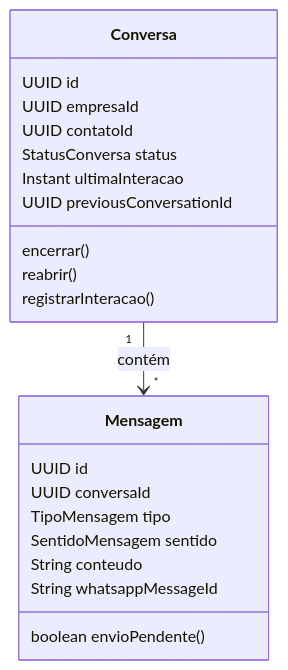
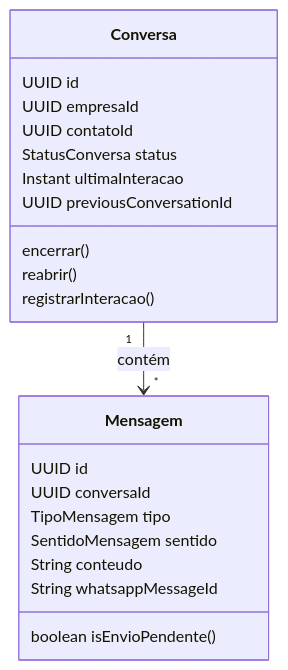
The diagram in docs/architecture/domain.md (FelipeDuan/atendimento-api), drawn with Mermaid before and after one commit. The commit also changed other lines of this file and 6 other files, not shown here.

````diff
--- a/docs/architecture/domain.md
+++ b/docs/architecture/domain.md
@@ -17,24 +17,24 @@
 ```mermaid
 classDiagram
   class Conversa {
     UUID id
     UUID empresaId
     UUID contatoId
     StatusConversa status
     Instant ultimaInteracao
     UUID previousConversationId
     encerrar()
     reabrir()
     registrarInteracao()
   }
   class Mensagem {
     UUID id
     UUID conversaId
     TipoMensagem tipo
     SentidoMensagem sentido
     String conteudo
     String whatsappMessageId
-    boolean envioPendente()
+    boolean isEnvioPendente()
   }
   Conversa "1" --> "*" Mensagem : contém
 ```
````
